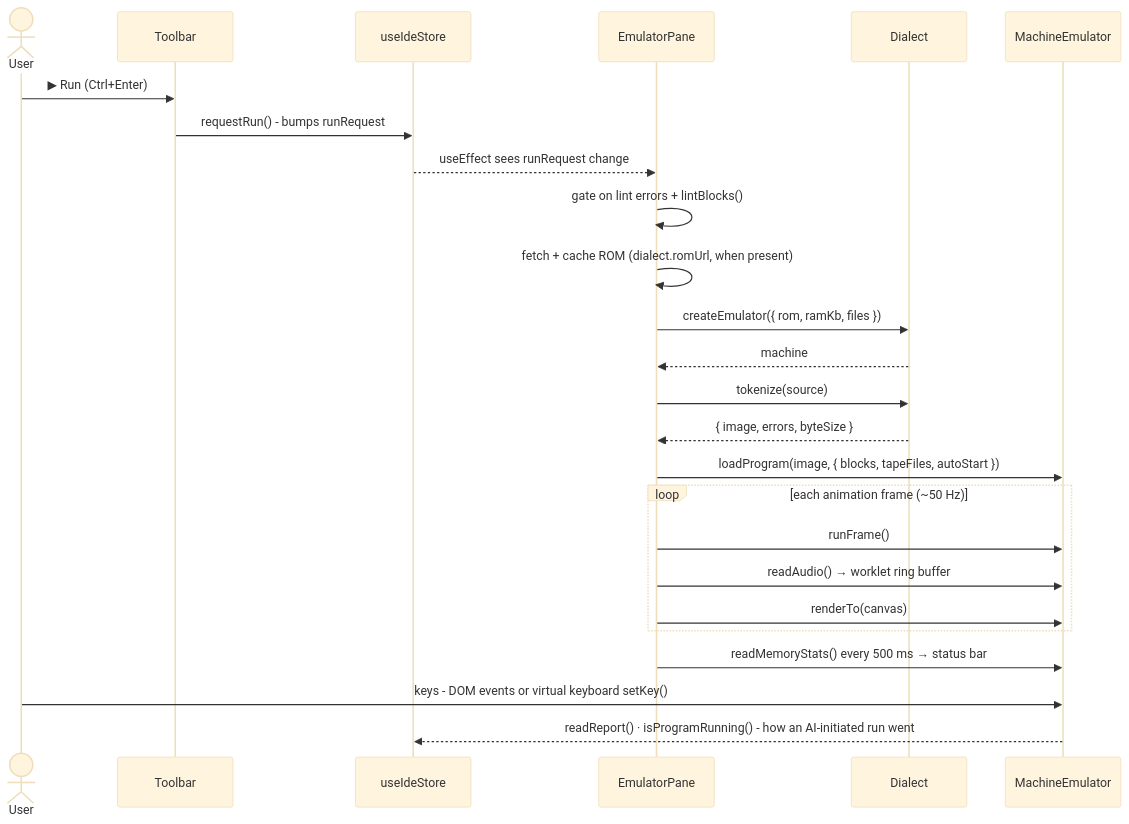
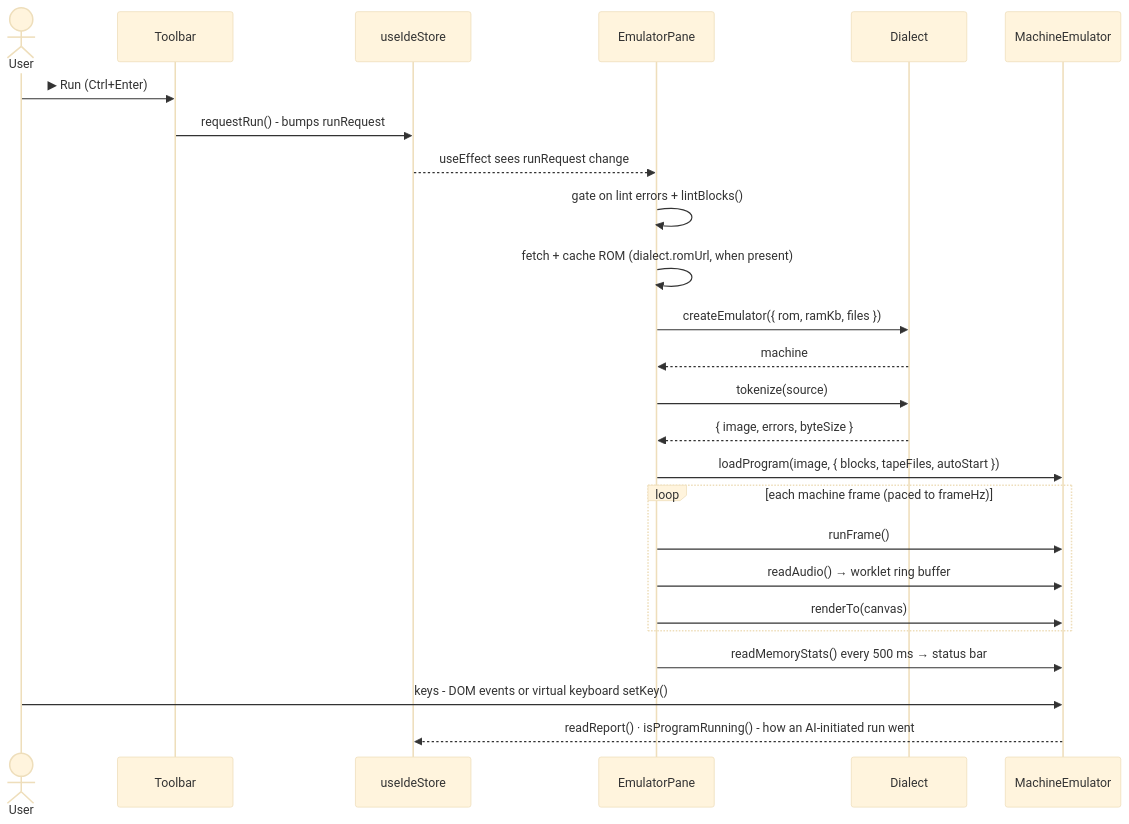
The fourth of 9 diagrams in docs/contributing/architecture.md (seanhodges/basically), drawn with Mermaid (base theme) before and after one commit. The commit also changed other lines of this file and 44 other files, not shown here.

````diff
--- a/docs/contributing/architecture.md
+++ b/docs/contributing/architecture.md
@@ -419,28 +420,28 @@
 ```mermaid
 sequenceDiagram
   actor U as User
   participant T as Toolbar
   participant S as useIdeStore
   participant E as EmulatorPane
   participant D as Dialect
   participant M as MachineEmulator
 
   U->>T: ▶ Run (Ctrl+Enter)
   T->>S: requestRun() - bumps runRequest
   S-->>E: useEffect sees runRequest change
   E->>E: gate on lint errors + lintBlocks()
   E->>E: fetch + cache ROM (dialect.romUrl, when present)
   E->>D: createEmulator({ rom, ramKb, files })
   D-->>E: machine
   E->>D: tokenize(source)
   D-->>E: { image, errors, byteSize }
   E->>M: loadProgram(image, { blocks, tapeFiles, autoStart })
-  loop each animation frame (~50 Hz)
+  loop each machine frame (paced to frameHz)
     E->>M: runFrame()
     E->>M: readAudio() → worklet ring buffer
     E->>M: renderTo(canvas)
   end
   E->>M: readMemoryStats() every 500 ms → status bar
   U->>M: keys - DOM events or virtual keyboard setKey()
   M-->>S: readReport() · isProgramRunning() - how an AI-initiated run went
 ```
````
